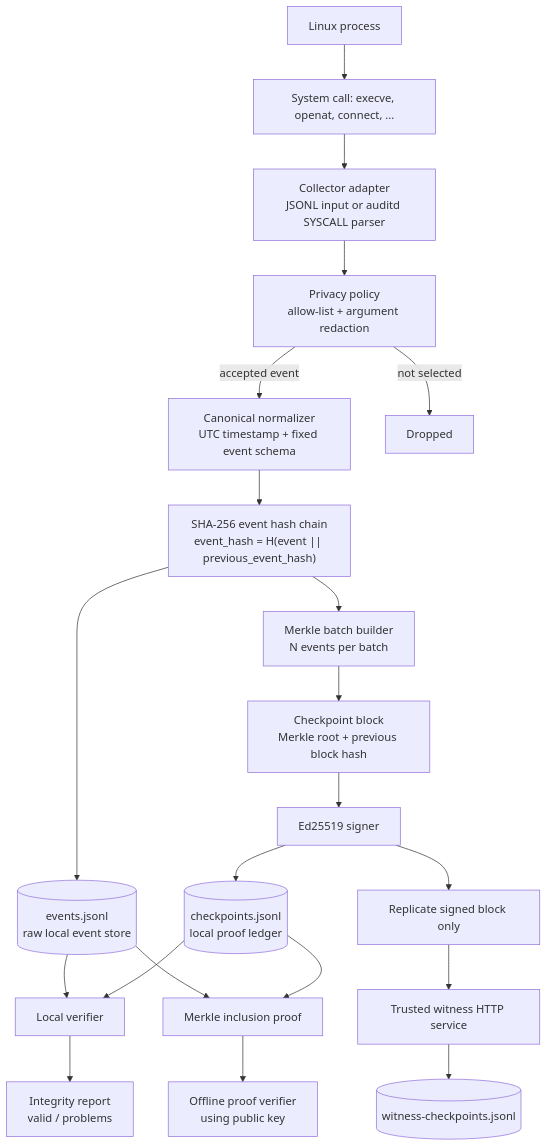
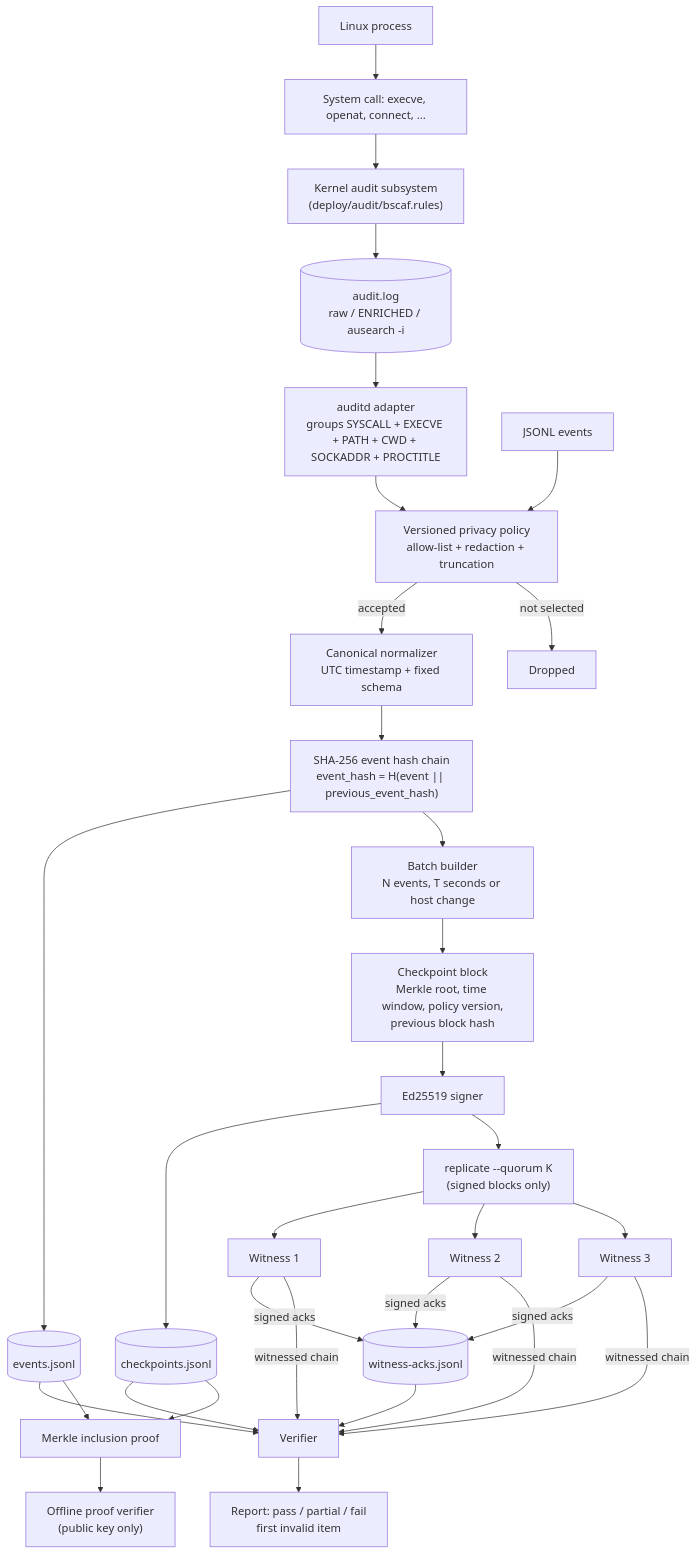
One commit to AdityaVKochar/os_block changed the diagram in docs/ARCHITECTURE_AND_DEMO.md. Above: the diagram before and after it, drawn with Mermaid. The commit also changed other lines of this file and 6 other files, not shown here.

````diff
--- a/docs/ARCHITECTURE_AND_DEMO.md
+++ b/docs/ARCHITECTURE_AND_DEMO.md
@@ -7,23 +17,25 @@
 ```mermaid
 flowchart TB
     P["Linux process"] --> SC["System call: execve, openat, connect, ..."]
-    SC --> C["Collector adapter\nJSONL input or auditd SYSCALL parser"]
-    C --> POL["Privacy policy\nallow-list + argument redaction"]
-    POL -->|"accepted event"| N["Canonical normalizer\nUTC timestamp + fixed event schema"]
+    SC --> K["Kernel audit subsystem\n(deploy/audit/bscaf.rules)"]
+    K --> LOG[("audit.log\nraw / ENRICHED / ausearch -i")]
+    LOG --> C["auditd adapter\ngroups SYSCALL + EXECVE + PATH + CWD + SOCKADDR + PROCTITLE"]
+    J["JSONL events"] --> POL
+    C --> POL["Versioned privacy policy\nallow-list + redaction + truncation"]
+    POL -->|"accepted"| N["Canonical normalizer\nUTC timestamp + fixed schema"]
     POL -->|"not selected"| DROP["Dropped"]
     N --> HC["SHA-256 event hash chain\nevent_hash = H(event || previous_event_hash)"]
-    HC --> ES[("events.jsonl\nraw local event store")]
-    HC --> MB["Merkle batch builder\nN events per batch"]
-    MB --> CP["Checkpoint block\nMerkle root + previous block hash"]
+    HC --> ES[("events.jsonl")]
+    HC --> MB["Batch builder\nN events, T seconds or host change"]
+    MB --> CP["Checkpoint block\nMerkle root, time window, policy version,\nprevious block hash"]
     CP --> SIG["Ed25519 signer"]
-    SIG --> CS[("checkpoints.jsonl\nlocal proof ledger")]
-    SIG --> REP["Replicate signed block only"]
-    REP --> W["Trusted witness HTTP service"]
-    W --> WS[("witness-checkpoints.jsonl")]
-    ES --> V["Local verifier"]
-    CS --> V
-    V --> R["Integrity report\nvalid / problems"]
-    ES --> PR["Merkle inclusion proof"]
-    CS --> PR
-    PR --> OV["Offline proof verifier\nusing public key"]
+    SIG --> CS[("checkpoints.jsonl")]
+    SIG --> REP["replicate --quorum K\n(signed blocks only)"]
+    REP --> W1["Witness 1"] & W2["Witness 2"] & W3["Witness 3"]
+    W1 & W2 & W3 -->|"signed acks"| ACK[("witness-acks.jsonl")]
+    ES & CS --> V["Verifier"]
+    W1 & W2 & W3 -->|"witnessed chain"| V
+    ACK --> V
+    V --> R["Report: pass / partial / fail\nfirst invalid item"]
+    ES & CS --> PR["Merkle inclusion proof"] --> OV["Offline proof verifier\n(public key only)"]
 ```
````
